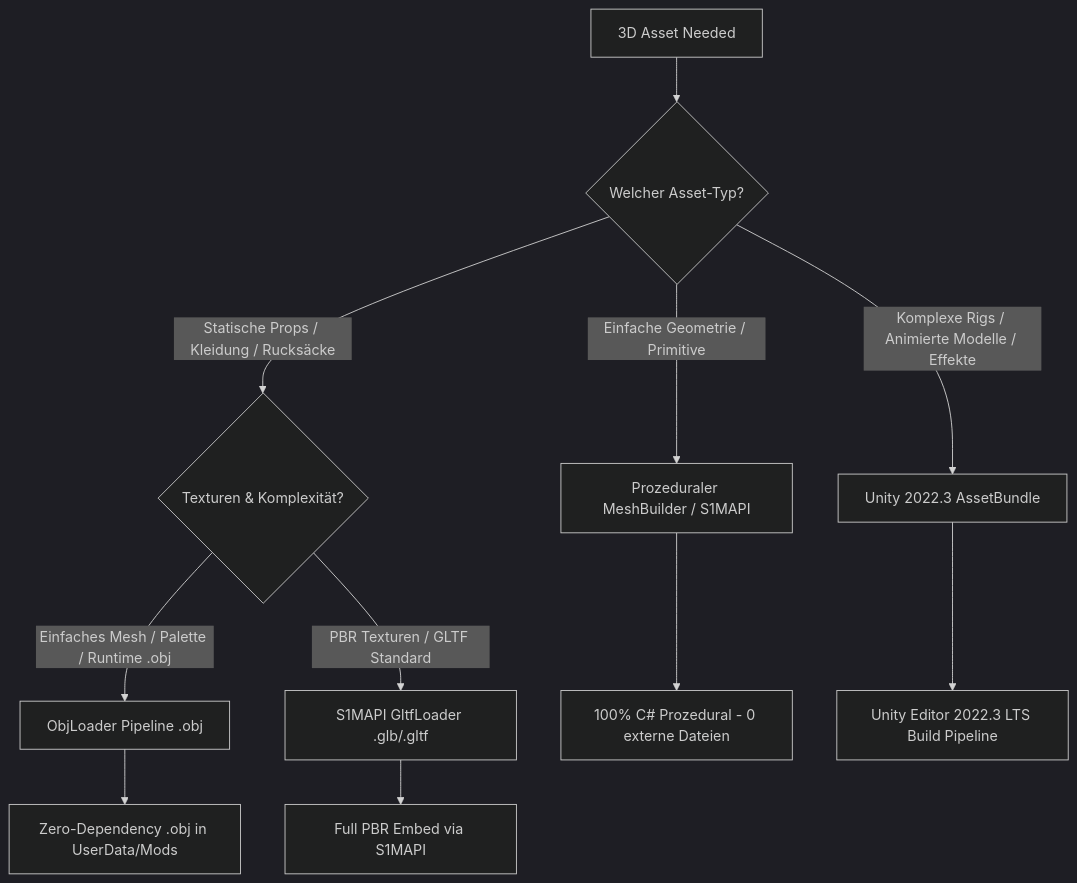
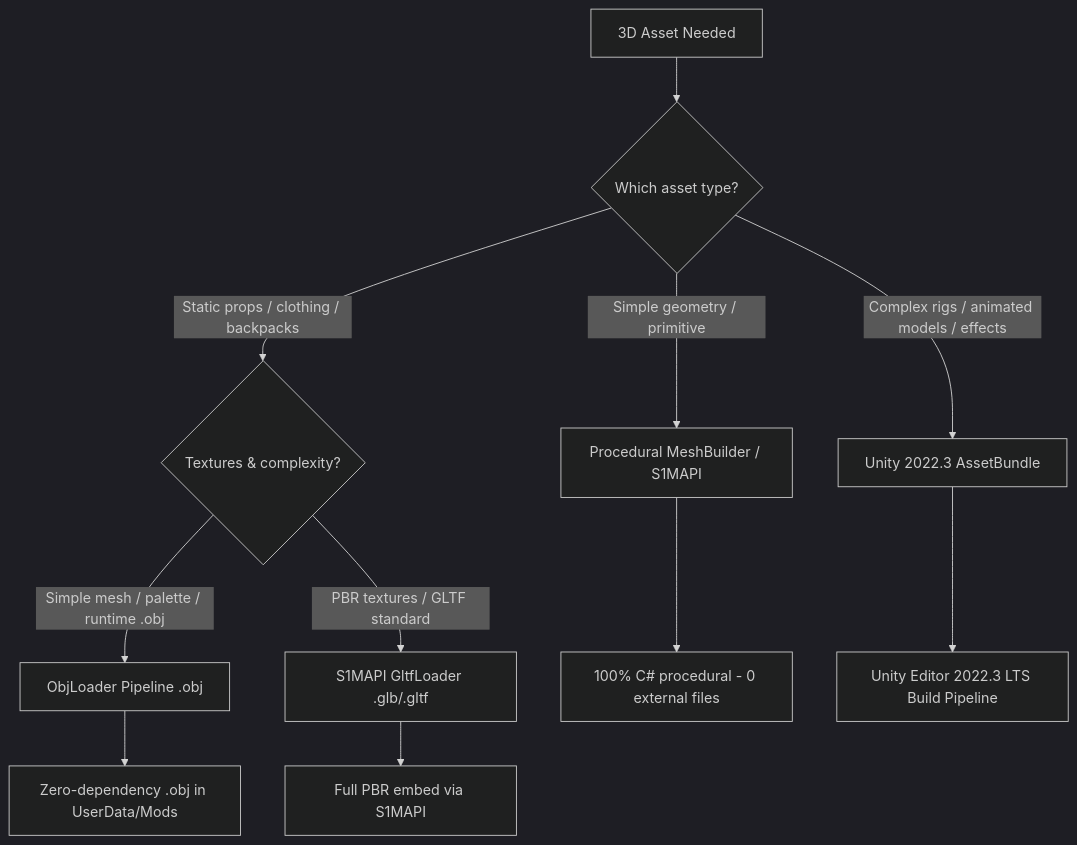
Before and after one commit to domi7602/Schedule1-mod-only: the diagram in Skills/schedule1-3d-assets/SKILL.md, drawn with Mermaid (dark theme). The commit also changed other lines of this file and 86 other files, not shown here.

````diff
--- a/Skills/schedule1-3d-assets/SKILL.md
+++ b/Skills/schedule1-3d-assets/SKILL.md
@@ -19,16 +19,16 @@
 ```mermaid
 flowchart TD
-    Start[3D Asset Needed] --> Type{Welcher Asset-Typ?}
+    Start[3D Asset Needed] --> Type{Which asset type?}
 
-    Type -->|Einfache Geometrie / Primitive| A[Prozeduraler MeshBuilder / S1MAPI]
-    Type -->|Statische Props / Kleidung / Rucksäcke| B{Texturen & Komplexität?}
-    Type -->|Komplexe Rigs / Animierte Modelle / Effekte| C[Unity 2022.3 AssetBundle]
+    Type -->|Simple geometry / primitive| A[Procedural MeshBuilder / S1MAPI]
+    Type -->|Static props / clothing / backpacks| B{Textures & complexity?}
+    Type -->|Complex rigs / animated models / effects| C[Unity 2022.3 AssetBundle]
 
-    B -->|Einfaches Mesh / Palette / Runtime .obj| D[ObjLoader Pipeline .obj]
-    B -->|PBR Texturen / GLTF Standard| E[S1MAPI GltfLoader .glb/.gltf]
+    B -->|Simple mesh / palette / runtime .obj| D[ObjLoader Pipeline .obj]
+    B -->|PBR textures / GLTF standard| E[S1MAPI GltfLoader .glb/.gltf]
 
-    A --> Out1[100% C# Prozedural - 0 externe Dateien]
-    D --> Out2[Zero-Dependency .obj in UserData/Mods]
-    E --> Out3[Full PBR Embed via S1MAPI]
+    A --> Out1[100% C# procedural - 0 external files]
+    D --> Out2[Zero-dependency .obj in UserData/Mods]
+    E --> Out3[Full PBR embed via S1MAPI]
     C --> Out4[Unity Editor 2022.3 LTS Build Pipeline]
 ```
````
